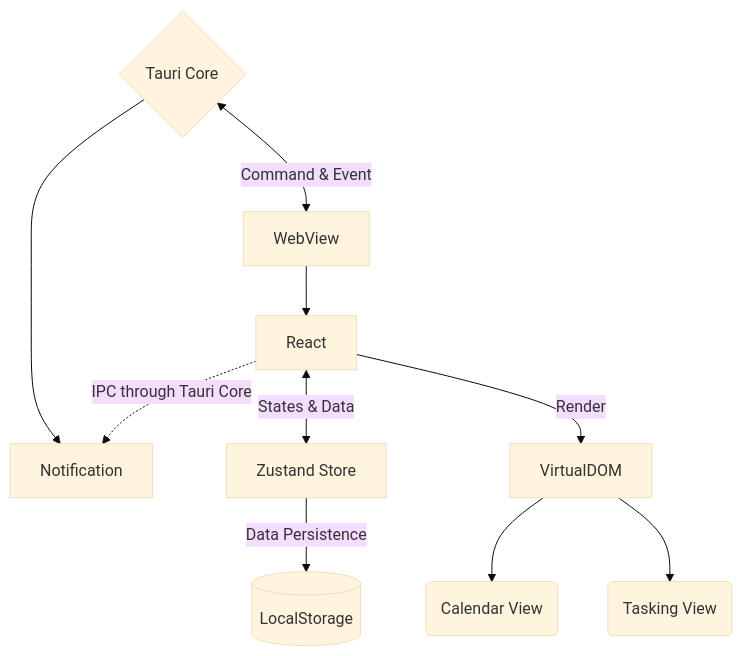
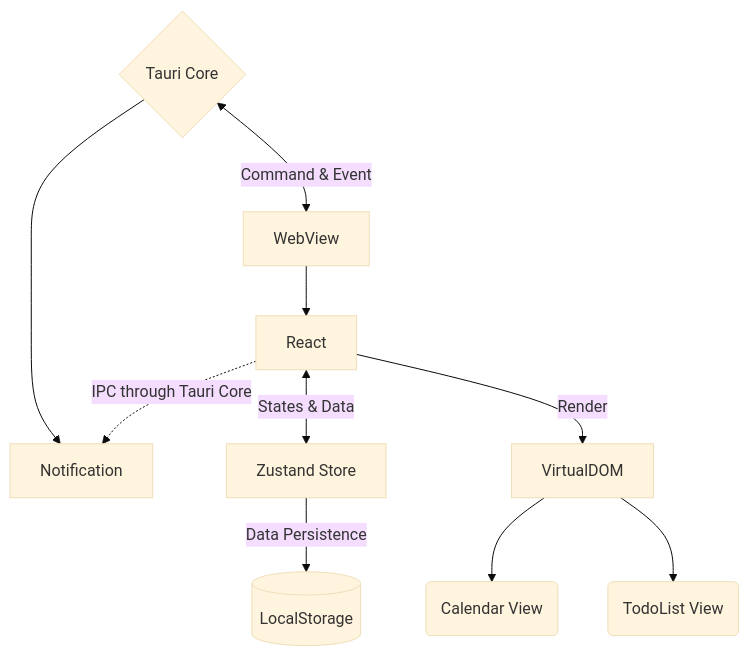
Before and after one commit to jukrb0x/taskhorizon: the diagram in README.md, drawn with Mermaid (base theme). The commit also changed other lines of this file, not shown here.

````diff
--- a/README.md
+++ b/README.md
@@ -25,11 +26,11 @@
 ```mermaid
 graph TB;
     A{Tauri Core} <-- Command & Event --> B[WebView]
     A --> Notification
     B --> React[React] <-- States & Data--> rd_store[Zustand Store] -- Data Persistence --> ls[(LocalStorage)]
     React -- Render --> vdom[VirtualDOM]
     vdom --> cv(Calendar View)
-    vdom --> tv(Tasking View)
+    vdom --> tv(TodoList View)
     React -. IPC through Tauri Core .-> Notification
 
 ```
````
